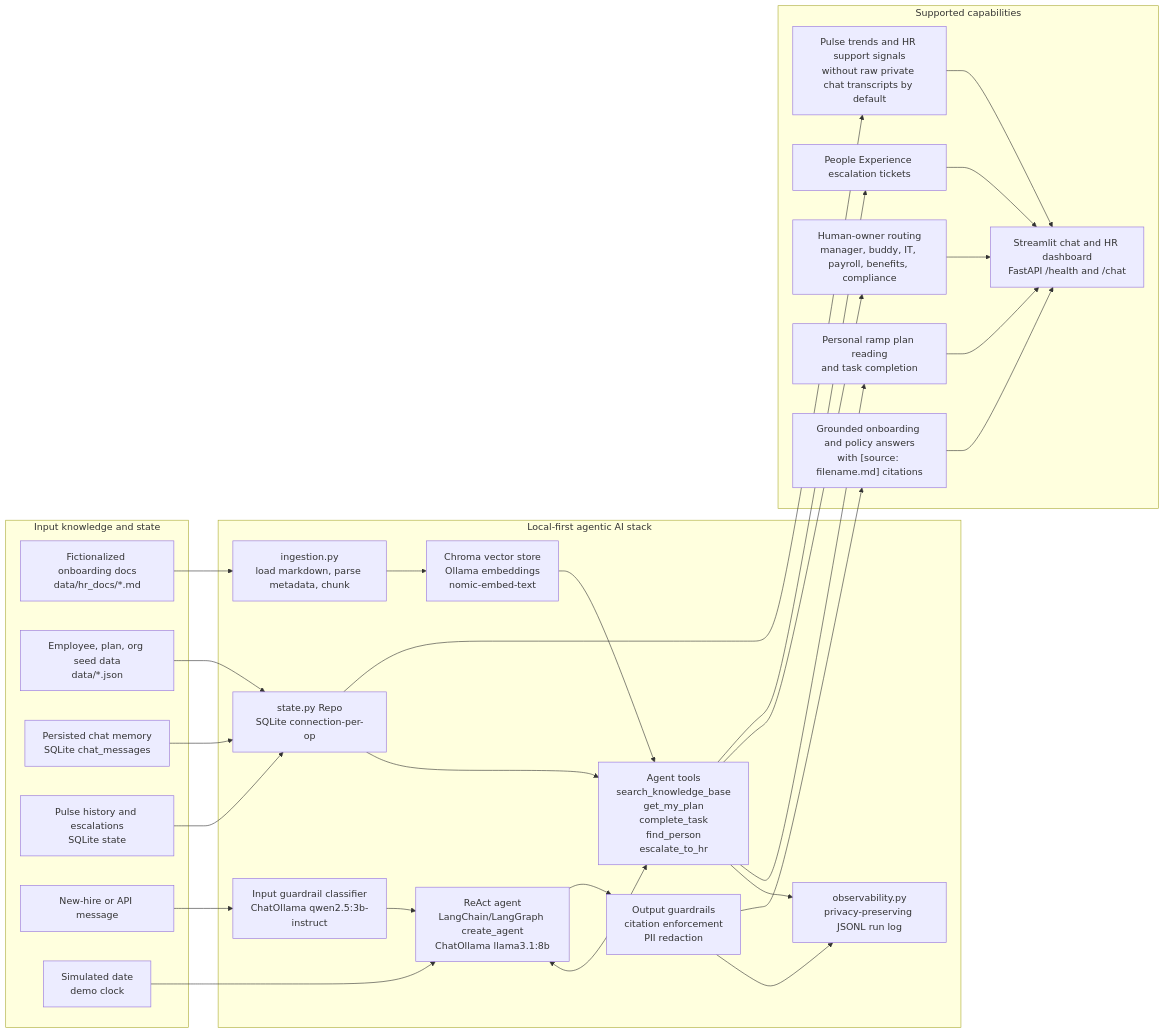
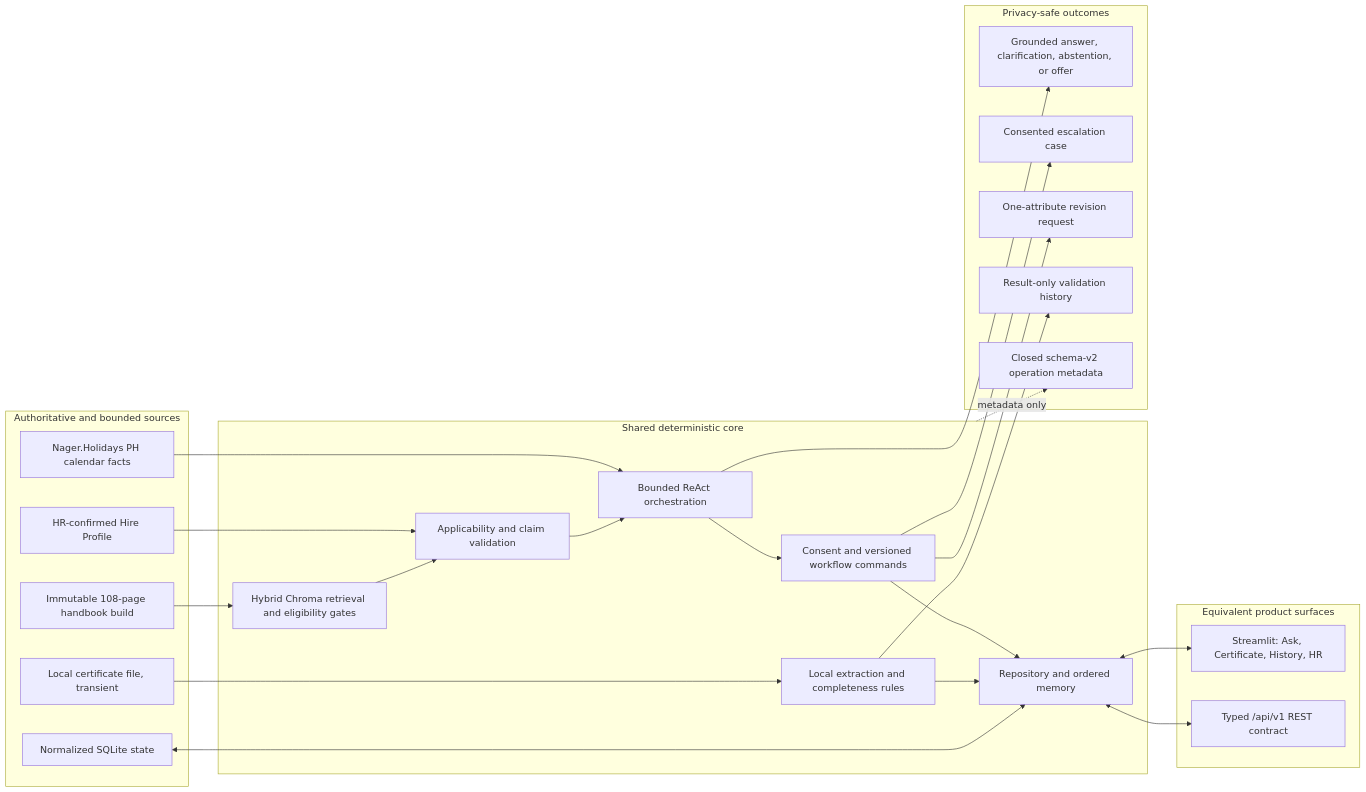
The first of 4 diagrams in docs/ARCHITECTURE_DIAGRAMS.md (Mateogas/STAI), drawn with Mermaid before and after one commit. The commit also changed other lines of this file and 78 other files, not shown here.

Commit message:
feat: complete AISHA onboarding refactor

````diff
--- a/docs/ARCHITECTURE_DIAGRAMS.md
+++ b/docs/ARCHITECTURE_DIAGRAMS.md
@@ -13,55 +7,46 @@
 ```mermaid
 flowchart LR
-    subgraph Inputs["Input knowledge and state"]
-        HRDocs["Fictionalized onboarding docs<br/>data/hr_docs/*.md"]
-        SeedData["Employee, plan, org seed data<br/>data/*.json"]
-        ChatMemory["Persisted chat memory<br/>SQLite chat_messages"]
-        PulseHistory["Pulse history and escalations<br/>SQLite state"]
-        UserMsg["New-hire or API message"]
-        SimDate["Simulated date<br/>demo clock"]
+    subgraph Sources["Authoritative and bounded sources"]
+        Handbook["Immutable 108-page handbook build"]
+        Profile["HR-confirmed Hire Profile"]
+        State["Normalized SQLite state"]
+        Nager["Nager.Holidays PH calendar facts"]
+        File["Local certificate file, transient"]
     end
 
-    subgraph Processing["Local-first agentic AI stack"]
-        Ingestion["ingestion.py<br/>load markdown, parse metadata, chunk"]
-        Chroma["Chroma vector store<br/>Ollama embeddings<br/>nomic-embed-text"]
-        GuardrailLLM["Input guardrail classifier<br/>ChatOllama qwen2.5:3b-instruct"]
-        Agent["ReAct agent<br/>LangChain/LangGraph create_agent<br/>ChatOllama llama3.1:8b"]
-        Tools["Agent tools<br/>search_knowledge_base<br/>get_my_plan<br/>complete_task<br/>find_person<br/>escalate_to_hr"]
-        Repo["state.py Repo<br/>SQLite connection-per-op"]
-        OutputGuardrails["Output guardrails<br/>citation enforcement<br/>PII redaction"]
-        Observability["observability.py<br/>privacy-preserving JSONL run log"]
+    subgraph Core["Shared deterministic core"]
+        Retrieval["Hybrid Chroma retrieval and eligibility gates"]
+        Policy["Applicability and claim validation"]
+        Agent["Bounded ReAct orchestration"]
+        Consent["Consent and versioned workflow commands"]
+        Medical["Local extraction and completeness rules"]
+        Repo["Repository and ordered memory"]
     end
 
-    subgraph Outputs["Supported capabilities"]
-        GroundedAnswers["Grounded onboarding and policy answers<br/>with [source: filename.md] citations"]
-        PlanSupport["Personal ramp plan reading<br/>and task completion"]
-        PeopleRouting["Human-owner routing<br/>manager, buddy, IT, payroll, benefits, compliance"]
-        Escalations["People Experience escalation tickets"]
-        PulseSignals["Pulse trends and HR support signals<br/>without raw private chat transcripts by default"]
-        UIAPI["Streamlit chat and HR dashboard<br/>FastAPI /health and /chat"]
+    subgraph Surfaces["Equivalent product surfaces"]
+        UI["Streamlit: Ask, Certificate, History, HR"]
+        API["Typed /api/v1 REST contract"]
     end
 
-    HRDocs --> Ingestion --> Chroma
-    SeedData --> Repo
-    ChatMemory --> Repo
-    PulseHistory --> Repo
-    UserMsg --> GuardrailLLM
-    SimDate --> Agent
-    GuardrailLLM --> Agent
-    Chroma --> Tools
-    Repo --> Tools
-    Agent <--> Tools
-    Agent --> OutputGuardrails
-    Tools --> Observability
-    OutputGuardrails --> Observability
-    OutputGuardrails --> GroundedAnswers
-    Tools --> PlanSupport
-    Tools --> PeopleRouting
-    Tools --> Escalations
-    Repo --> PulseSignals
-    GroundedAnswers --> UIAPI
-    PlanSupport --> UIAPI
-    PeopleRouting --> UIAPI
-    Escalations --> UIAPI
-    PulseSignals --> UIAPI
+    subgraph Outputs["Privacy-safe outcomes"]
+        PolicyResult["Grounded answer, clarification, abstention, or offer"]
+        Case["Consented escalation case"]
+        Attribute["One-attribute revision request"]
+        Validation["Result-only validation history"]
+        Telemetry["Closed schema-v2 operation metadata"]
+    end
+
+    Handbook --> Retrieval --> Policy --> Agent
+    Profile --> Policy
+    Nager --> Agent
+    State <--> Repo
+    File --> Medical --> Repo
+    Agent --> Consent --> Repo
+    Repo <--> UI
+    Repo <--> API
+    Agent --> PolicyResult
+    Consent --> Case
+    Consent --> Attribute
+    Medical --> Validation
+    Core -. "metadata only" .-> Telemetry
 ```
````
